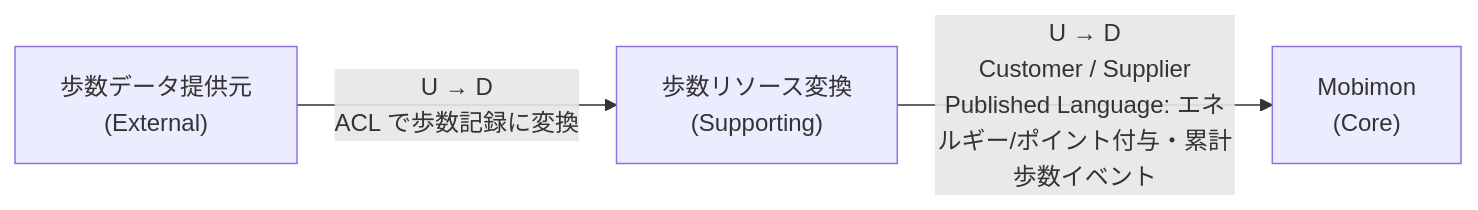
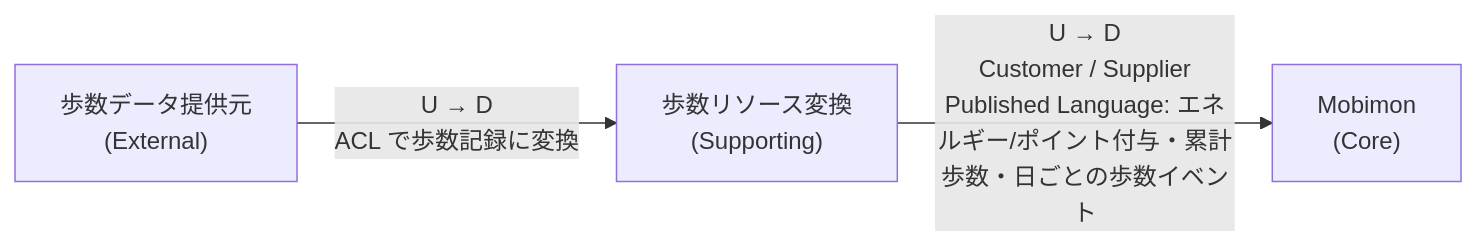
One commit to Yoshie2m/MobimonGO changed the first of 2 diagrams in domain_design.md. Above: the diagram before and after it, drawn with Mermaid. The commit also changed other lines of this file and 31 other files, not shown here.

````diff
--- a/domain_design.md
+++ b/domain_design.md
@@ -93,9 +110,9 @@
 ```mermaid
 flowchart LR
     EXT["歩数データ提供元<br/>(External)"]
     RES["歩数リソース変換<br/>(Supporting)"]
     MOB["Mobimon<br/>(Core)"]
 
     EXT -- "U → D<br/>ACL で歩数記録に変換" --> RES
-    RES -- "U → D<br/>Customer / Supplier<br/>Published Language: エネルギー/ポイント付与・累計歩数イベント" --> MOB
+    RES -- "U → D<br/>Customer / Supplier<br/>Published Language: エネルギー/ポイント付与・累計歩数・日ごとの歩数イベント" --> MOB
 ```
````
